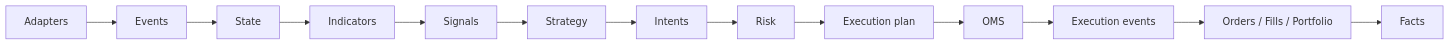
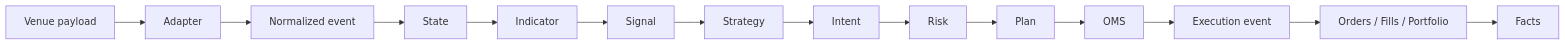
One commit to eliesgherbi/Tyrex_PM changed the first of 2 diagrams in Docs/latest/concepts/architecture.md. Above: the diagram before and after it, drawn with Mermaid. The commit also changed other lines of this file and 19 other files, not shown here.

````diff
--- a/Docs/latest/concepts/architecture.md
+++ b/Docs/latest/concepts/architecture.md
@@ -83,6 +62,7 @@
 ```mermaid
 flowchart LR
-  A[Adapters] --> E[Events] --> S[State] --> I[Indicators] --> G[Signals]
-  G --> T[Strategy] --> N[Intents] --> R[Risk] --> P[Execution plan]
-  P --> O[OMS] --> X[Execution events] --> F[Orders / Fills / Portfolio] --> Y[Facts]
+  V[Venue payload] --> A[Adapter] --> E[Normalized event] --> S[State]
+  S --> I[Indicator] --> G[Signal] --> T[Strategy] --> N[Intent]
+  N --> R[Risk] --> P[Plan] --> O[OMS] --> X[Execution event]
+  X --> F[Orders / Fills / Portfolio] --> Y[Facts]
 ```
````
